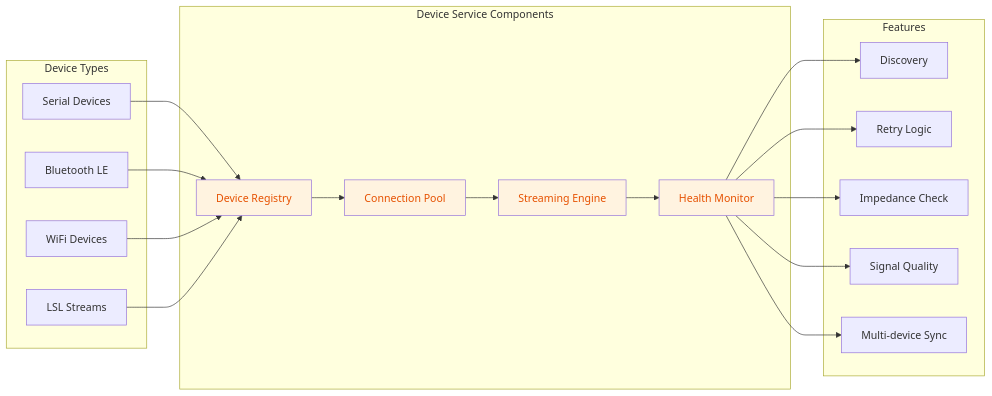
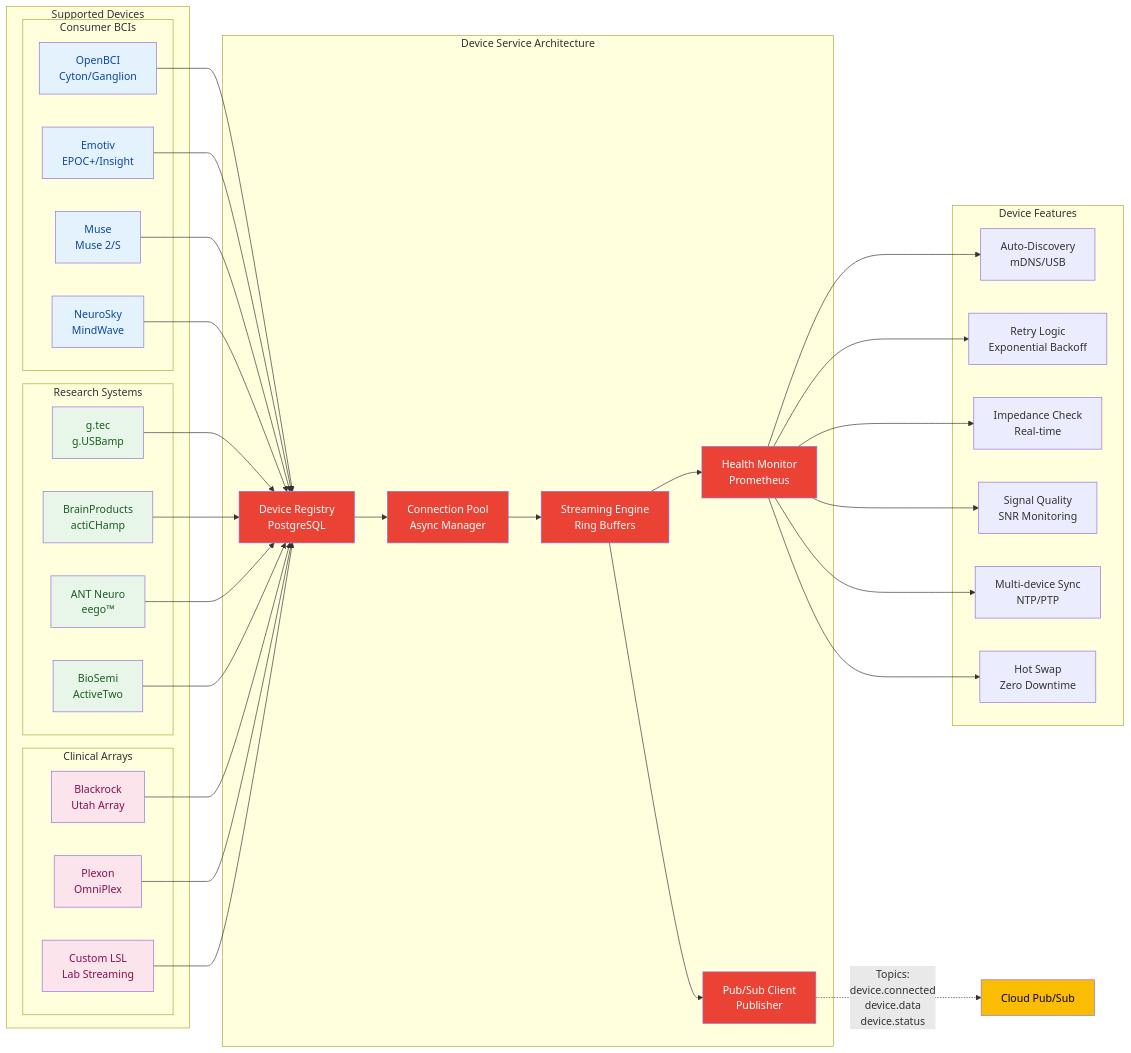
Before and after one commit to identity-wael/neurascale: the second of 9 diagrams in docs-nextra/src/content/architecture.mdx, drawn with Mermaid.

Commit message:
feat(docs): Update Device Service diagram with actual device integrations
- Added specific device models across three categories (Consumer, Research, Clinical)
- Included real device names: OpenBCI, Emotiv, Muse, g.tec, BrainProducts, etc.
- Added Pub/Sub integration showing topics for device events
- Enhanced features section with specific technologies (mDNS, NTP/PTP, etc.)
- Added Hot Swap capability for zero-downtime device changes
- Applied color coding to distinguish device categories

🤖 Generated with [Claude Code](https://claude.ai/code)

````diff
--- a/docs-nextra/src/content/architecture.mdx
+++ b/docs-nextra/src/content/architecture.mdx
@@ -115,44 +115,84 @@
 ```mermaid
 graph LR
-    subgraph "Device Service Components"
-        DR[Device Registry]
-        CP[Connection Pool]
-        SE[Streaming Engine]
-        HM[Health Monitor]
+    subgraph "Device Service Architecture"
+        DR[Device Registry<br/>PostgreSQL]
+        CP[Connection Pool<br/>Async Manager]
+        SE[Streaming Engine<br/>Ring Buffers]
+        HM[Health Monitor<br/>Prometheus]
+        PS[Pub/Sub Client<br/>Publisher]
     end
 
-    subgraph "Device Types"
-        D1[Serial Devices]
-        D2[Bluetooth LE]
-        D3[WiFi Devices]
-        D4[LSL Streams]
+    subgraph "Supported Devices"
+        subgraph "Consumer BCIs"
+            D1[OpenBCI<br/>Cyton/Ganglion]
+            D2[Emotiv<br/>EPOC+/Insight]
+            D3[Muse<br/>Muse 2/S]
+            D4[NeuroSky<br/>MindWave]
+        end
+
+        subgraph "Research Systems"
+            D5[g.tec<br/>g.USBamp]
+            D6[BrainProducts<br/>actiCHamp]
+            D7[ANT Neuro<br/>eego™]
+            D8[BioSemi<br/>ActiveTwo]
+        end
+
+        subgraph "Clinical Arrays"
+            D9[Blackrock<br/>Utah Array]
+            D10[Plexon<br/>OmniPlex]
+            D11[Custom LSL<br/>Lab Streaming]
+        end
     end
 
-    subgraph "Features"
-        F1[Discovery]
-        F2[Retry Logic]
-        F3[Impedance Check]
-        F4[Signal Quality]
-        F5[Multi-device Sync]
+    subgraph "Device Features"
+        F1[Auto-Discovery<br/>mDNS/USB]
+        F2[Retry Logic<br/>Exponential Backoff]
+        F3[Impedance Check<br/>Real-time]
+        F4[Signal Quality<br/>SNR Monitoring]
+        F5[Multi-device Sync<br/>NTP/PTP]
+        F6[Hot Swap<br/>Zero Downtime]
     end
 
     D1 --> DR
     D2 --> DR
     D3 --> DR
     D4 --> DR
+    D5 --> DR
+    D6 --> DR
+    D7 --> DR
+    D8 --> DR
+    D9 --> DR
+    D10 --> DR
+    D11 --> DR
 
     DR --> CP
     CP --> SE
     SE --> HM
+    SE --> PS
+    PS -.-> |"Topics:<br/>device.connected<br/>device.data<br/>device.status"| PubSub[Cloud Pub/Sub]
 
     HM --> F1
     HM --> F2
     HM --> F3
     HM --> F4
     HM --> F5
+    HM --> F6
 
-    style DR fill:#fff3e0,color:#e65100
-    style CP fill:#fff3e0,color:#e65100
-    style SE fill:#fff3e0,color:#e65100
-    style HM fill:#fff3e0,color:#e65100
+    style DR fill:#ea4335,color:#ffffff
+    style CP fill:#ea4335,color:#ffffff
+    style SE fill:#ea4335,color:#ffffff
+    style HM fill:#ea4335,color:#ffffff
+    style PS fill:#ea4335,color:#ffffff
+    style PubSub fill:#fbbc04,color:#000000
+    style D1 fill:#e3f2fd,color:#0d47a1
+    style D2 fill:#e3f2fd,color:#0d47a1
+    style D3 fill:#e3f2fd,color:#0d47a1
+    style D4 fill:#e3f2fd,color:#0d47a1
+    style D5 fill:#e8f5e9,color:#1b5e20
+    style D6 fill:#e8f5e9,color:#1b5e20
+    style D7 fill:#e8f5e9,color:#1b5e20
+    style D8 fill:#e8f5e9,color:#1b5e20
+    style D9 fill:#fce4ec,color:#880e4f
+    style D10 fill:#fce4ec,color:#880e4f
+    style D11 fill:#fce4ec,color:#880e4f
 ```
````
